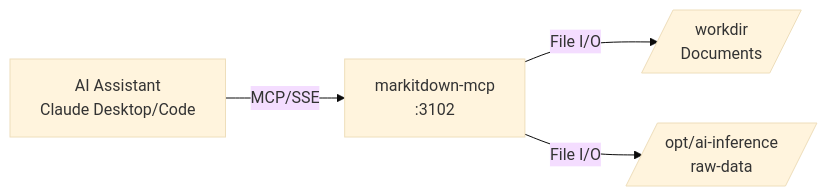
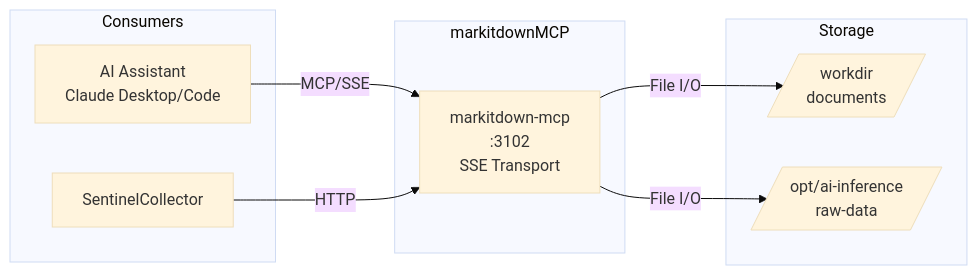
One commit to jpansarasa/ATLAS-Docs changed the diagram in markitdownMCP/README.md. Above: the diagram before and after it, drawn with Mermaid (base theme). The commit also changed other lines of this file and 17 other files, not shown here.

````diff
--- a/markitdownMCP/README.md
+++ b/markitdownMCP/README.md
@@ -11,6 +11,21 @@
 ```mermaid
 flowchart LR
-    AI[AI Assistant<br/>Claude Desktop/Code] -->|MCP/SSE| MCP[markitdown-mcp<br/>:3102]
-    MCP -->|File I/O| Docs[/workdir<br/>Documents/]
-    MCP -->|File I/O| Raw[/opt/ai-inference<br/>raw-data/]
+    subgraph Consumers
+        AI[AI Assistant<br/>Claude Desktop/Code]
+        SC[SentinelCollector]
+    end
+
+    subgraph markitdownMCP
+        MCP[markitdown-mcp<br/>:3102<br/>SSE Transport]
+    end
+
+    subgraph Storage
+        Docs[/workdir<br/>documents/]
+        Raw[/opt/ai-inference<br/>raw-data/]
+    end
+
+    AI -->|MCP/SSE| MCP
+    SC -->|HTTP| MCP
+    MCP -->|File I/O| Docs
+    MCP -->|File I/O| Raw
 ```
````
